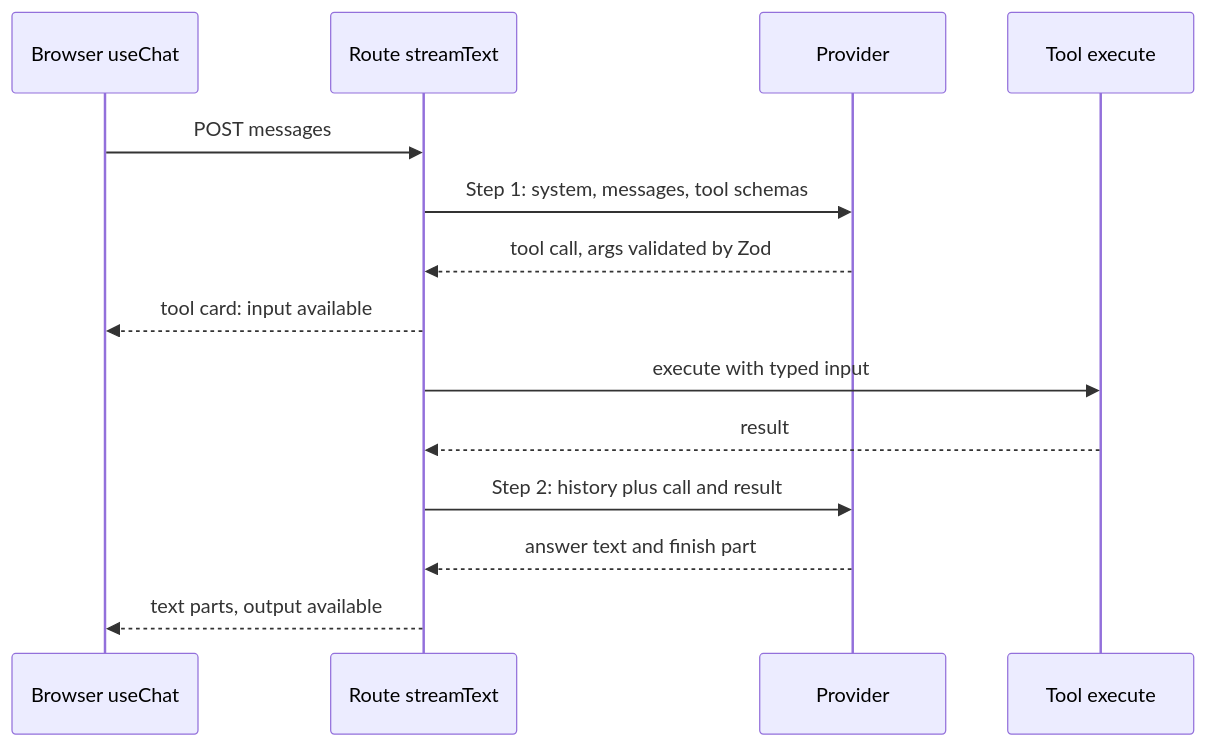
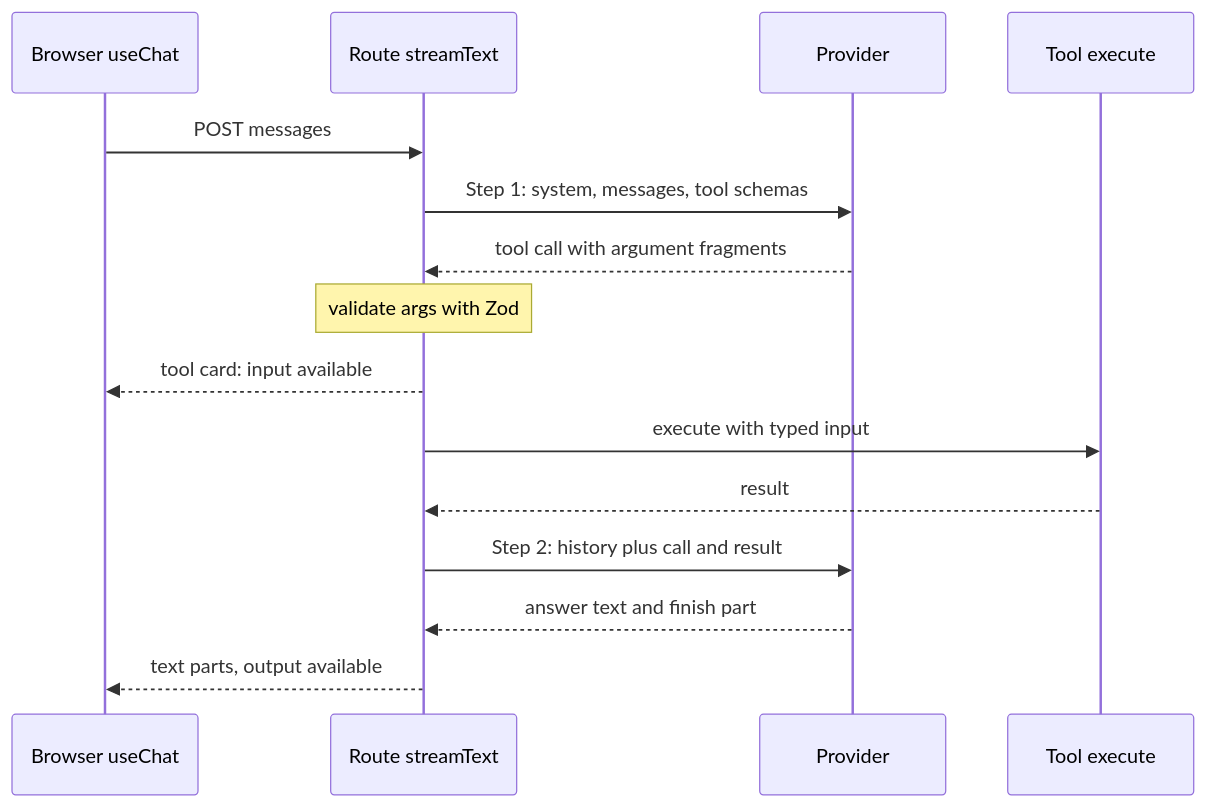
The diagram in content/node-ts-for-ai/vercel-ai-sdk.md (lovishmahajan97/agentic-learning), drawn with Mermaid before and after one commit. The commit also changed other lines of this file and 213 other files, not shown here.

````diff
--- a/content/node-ts-for-ai/vercel-ai-sdk.md
+++ b/content/node-ts-for-ai/vercel-ai-sdk.md
@@ -127,16 +127,17 @@
 ```mermaid
 sequenceDiagram
     participant B as Browser useChat
     participant R as Route streamText
     participant P as Provider
     participant T as Tool execute
     B->>R: POST messages
     R->>P: Step 1: system, messages, tool schemas
-    P-->>R: tool call, args validated by Zod
+    P-->>R: tool call with argument fragments
+    Note over R: validate args with Zod
     R-->>B: tool card: input available
     R->>T: execute with typed input
     T-->>R: result
     R->>P: Step 2: history plus call and result
     P-->>R: answer text and finish part
     R-->>B: text parts, output available
 ```
````
